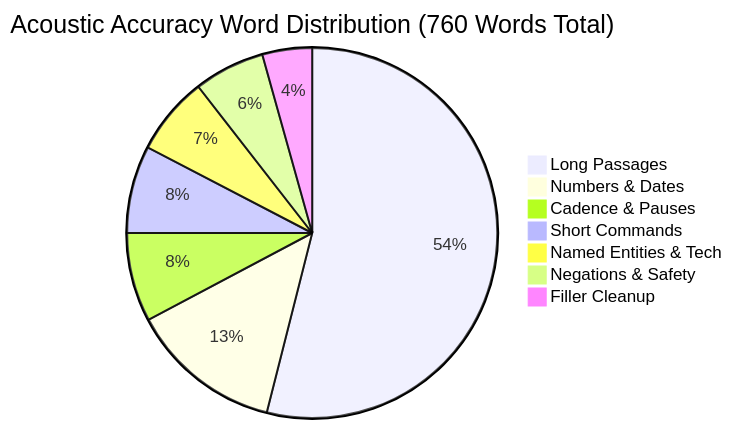
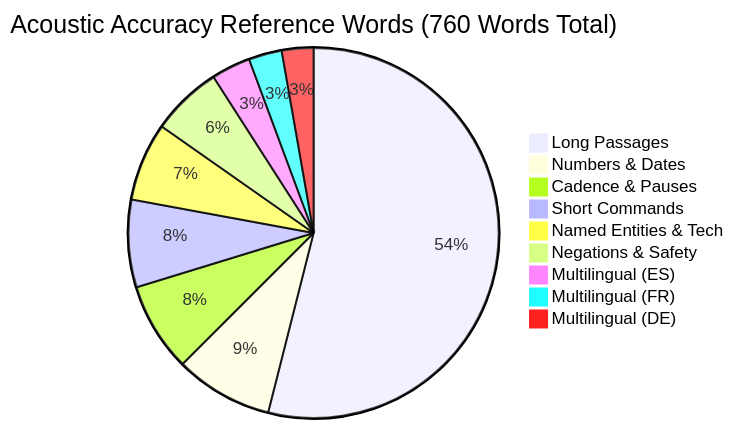
Before and after one commit to abishekvr0910/flowpilot: the diagram in FLOWPILOT_V302_RELEASE_REPORT.md, drawn with Mermaid. The commit also changed other lines of this file and 2 other files, not shown here.

Commit message:
docs(audit): reconcile release report, recalculate accuracy metrics, and scope public claims

````diff
--- a/FLOWPILOT_V302_RELEASE_REPORT.md
+++ b/FLOWPILOT_V302_RELEASE_REPORT.md
@@ -52,10 +59,12 @@
 ```mermaid
-pie title Acoustic Accuracy Word Distribution (760 Words Total)
+pie title Acoustic Accuracy Reference Words (760 Words Total)
     "Long Passages" : 410
-    "Numbers & Dates" : 101
+    "Numbers & Dates" : 65
     "Cadence & Pauses" : 59
     "Short Commands" : 58
     "Named Entities & Tech" : 52
     "Negations & Safety" : 47
-    "Filler Cleanup" : 33
+    "Multilingual (ES)" : 26
+    "Multilingual (FR)" : 22
+    "Multilingual (DE)" : 21
 ```
````
